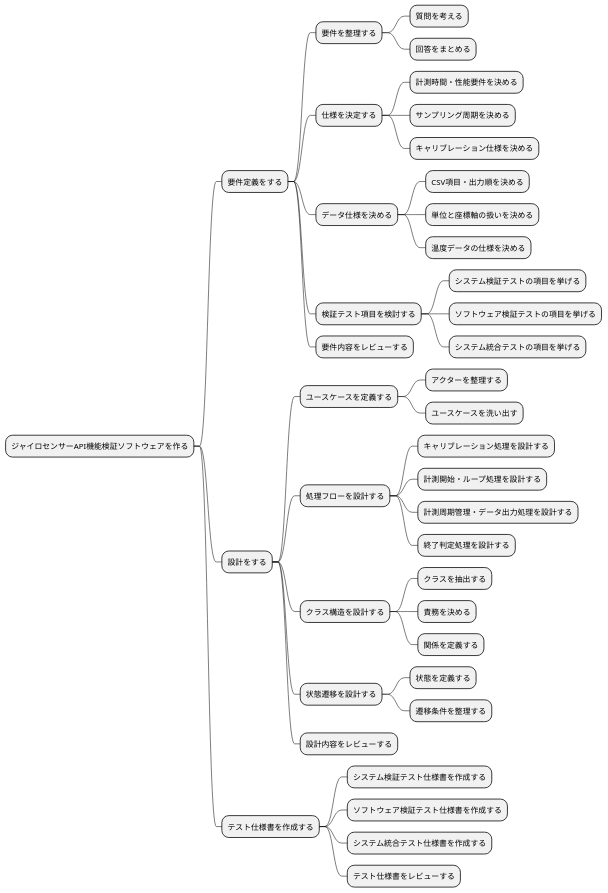
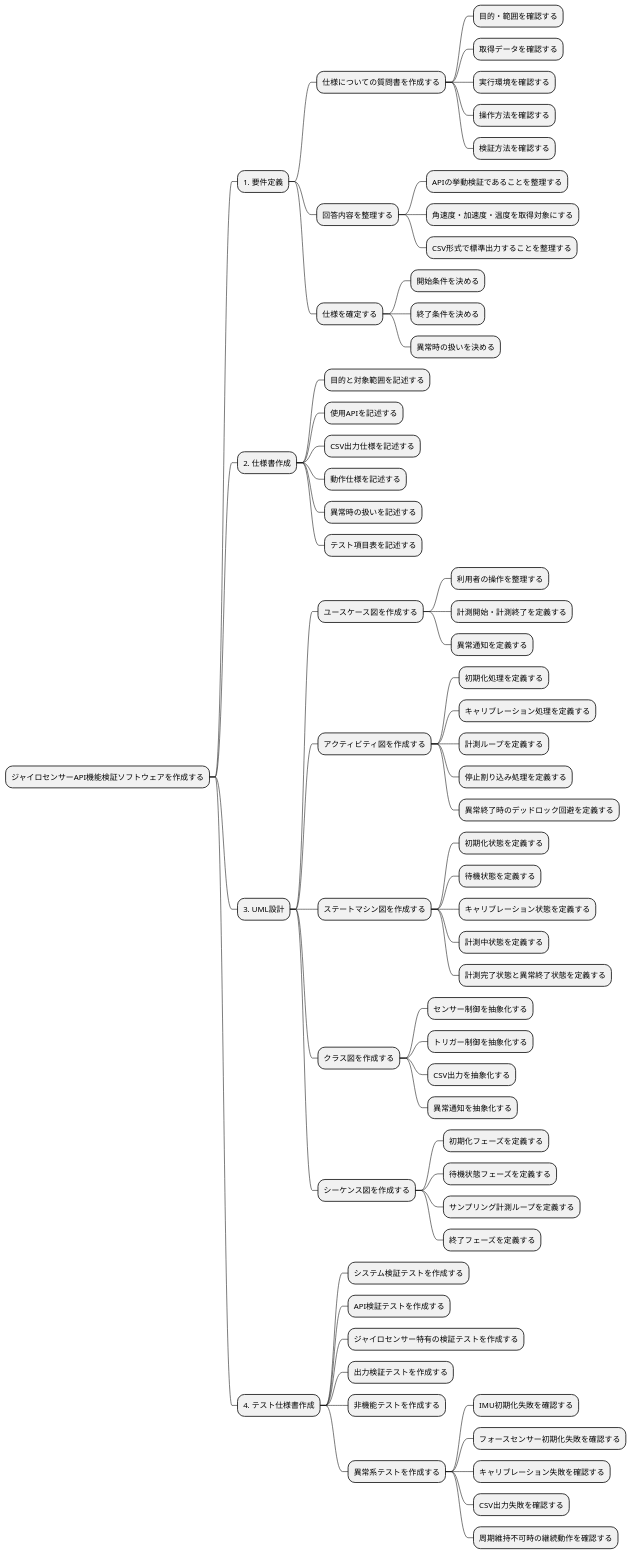
The diagram in WBS/ジャイロWBS(向井).wsd (Matsuno0412/Gyro-sensor-System), drawn with PlantUML before and after one commit. The commit also changed 9 other files, not shown here.

```diff
--- a/WBS/ジャイロWBS(向井).wsd
+++ b/WBS/ジャイロWBS(向井).wsd
@@ -1,47 +1,70 @@
 @startmindmap ジャイロセンサー検証システム_WBS
 
-* ジャイロセンサーAPI機能検証ソフトウェアを作る
+* ジャイロセンサーAPI機能検証ソフトウェアを作成する
 
-** 要件定義をする
-*** 要件を整理する
-**** 質問を考える
-**** 回答をまとめる
-*** 仕様を決定する
-**** 計測時間・性能要件を決める
-**** サンプリング周期を決める
-**** キャリブレーション仕様を決める
-*** データ仕様を決める
-**** CSV項目・出力順を決める
-**** 単位と座標軸の扱いを決める
-**** 温度データの仕様を決める
-*** 検証テスト項目を検討する
-**** システム検証テストの項目を挙げる
-**** ソフトウェア検証テストの項目を挙げる
-**** システム統合テストの項目を挙げる
-*** 要件内容をレビューする
+** 1. 要件定義
+*** 仕様についての質問書を作成する
+**** 目的・範囲を確認する
+**** 取得データを確認する
+**** 実行環境を確認する
+**** 操作方法を確認する
+**** 検証方法を確認する
+*** 回答内容を整理する
+**** APIの挙動検証であることを整理する
+**** 角速度・加速度・温度を取得対象にする
+**** CSV形式で標準出力することを整理する
+*** 仕様を確定する
+**** 開始条件を決める
+**** 終了条件を決める
+**** 異常時の扱いを決める
 
-** 設計をする
-*** ユースケースを定義する
-**** アクターを整理する
-**** ユースケースを洗い出す
-*** 処理フローを設計する
-**** キャリブレーション処理を設計する
-**** 計測開始・ループ処理を設計する
-**** 計測周期管理・データ出力処理を設計する
-**** 終了判定処理を設計する
-*** クラス構造を設計する
-**** クラスを抽出する
-**** 責務を決める
-**** 関係を定義する
-*** 状態遷移を設計する
-**** 状態を定義する
-**** 遷移条件を整理する
-*** 設計内容をレビューする
+** 2. 仕様書作成
+*** 目的と対象範囲を記述する
+*** 使用APIを記述する
+*** CSV出力仕様を記述する
+*** 動作仕様を記述する
+*** 異常時の扱いを記述する
+*** テスト項目表を記述する
 
-** テスト仕様書を作成する
-*** システム検証テスト仕様書を作成する
-*** ソフトウェア検証テスト仕様書を作成する
-*** システム統合テスト仕様書を作成する
-*** テスト仕様書をレビューする
+** 3. UML設計
+*** ユースケース図を作成する
+**** 利用者の操作を整理する
+**** 計測開始・計測終了を定義する
+**** 異常通知を定義する
+*** アクティビティ図を作成する
+**** 初期化処理を定義する
+**** キャリブレーション処理を定義する
+**** 計測ループを定義する
+**** 停止割り込み処理を定義する
+**** 異常終了時のデッドロック回避を定義する
+*** ステートマシン図を作成する
+**** 初期化状態を定義する
+**** 待機状態を定義する
+**** キャリブレーション状態を定義する
+**** 計測中状態を定義する
+**** 計測完了状態と異常終了状態を定義する
+*** クラス図を作成する
+**** センサー制御を抽象化する
+**** トリガー制御を抽象化する
+**** CSV出力を抽象化する
+**** 異常通知を抽象化する
+*** シーケンス図を作成する
+**** 初期化フェーズを定義する
+**** 待機状態フェーズを定義する
+**** サンプリング計測ループを定義する
+**** 終了フェーズを定義する
+
+** 4. テスト仕様書作成
+*** システム検証テストを作成する
+*** API検証テストを作成する
+*** ジャイロセンサー特有の検証テストを作成する
+*** 出力検証テストを作成する
+*** 非機能テストを作成する
+*** 異常系テストを作成する
+**** IMU初期化失敗を確認する
+**** フォースセンサー初期化失敗を確認する
+**** キャリブレーション失敗を確認する
+**** CSV出力失敗を確認する
+**** 周期維持不可時の継続動作を確認する
 
 @endmindmap
```
